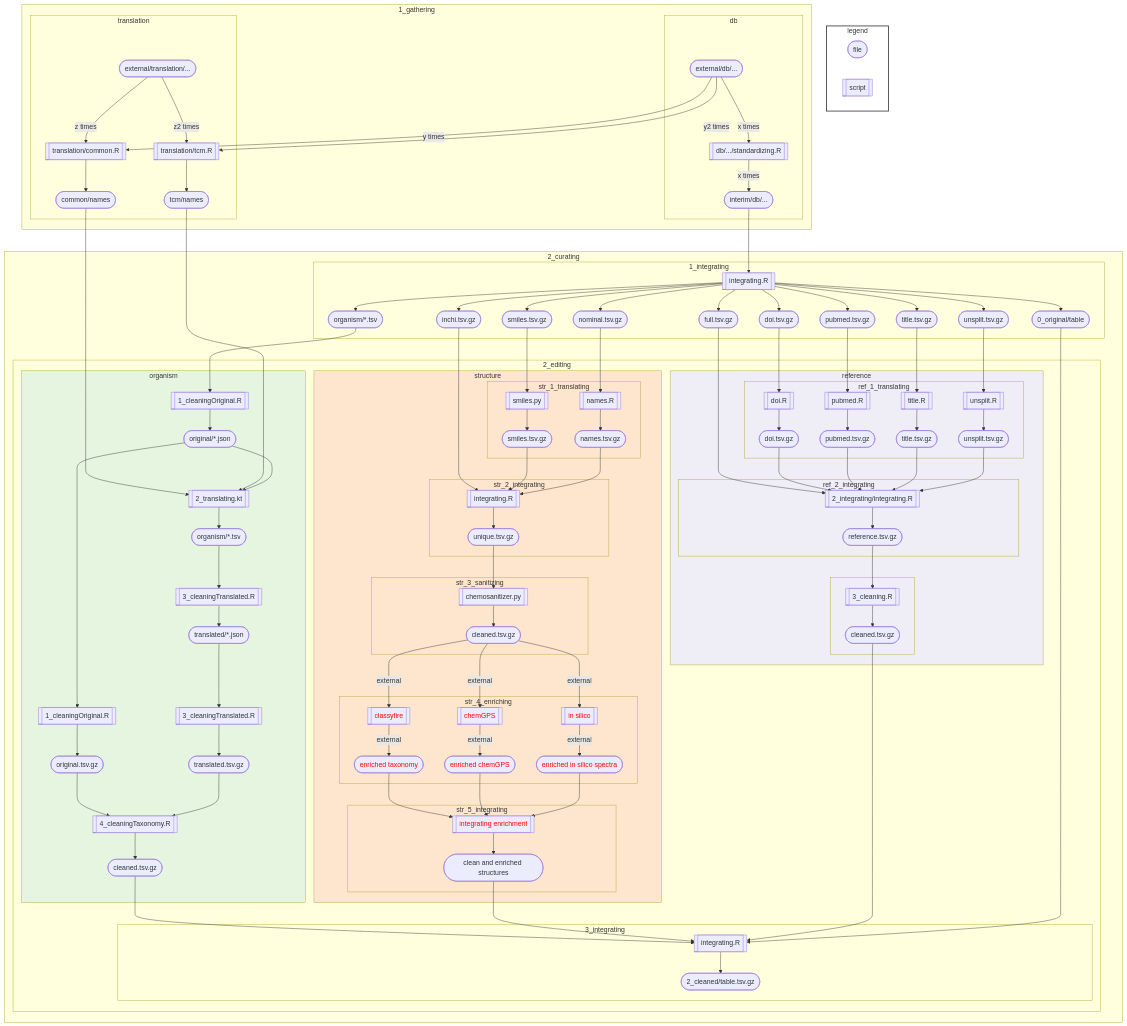
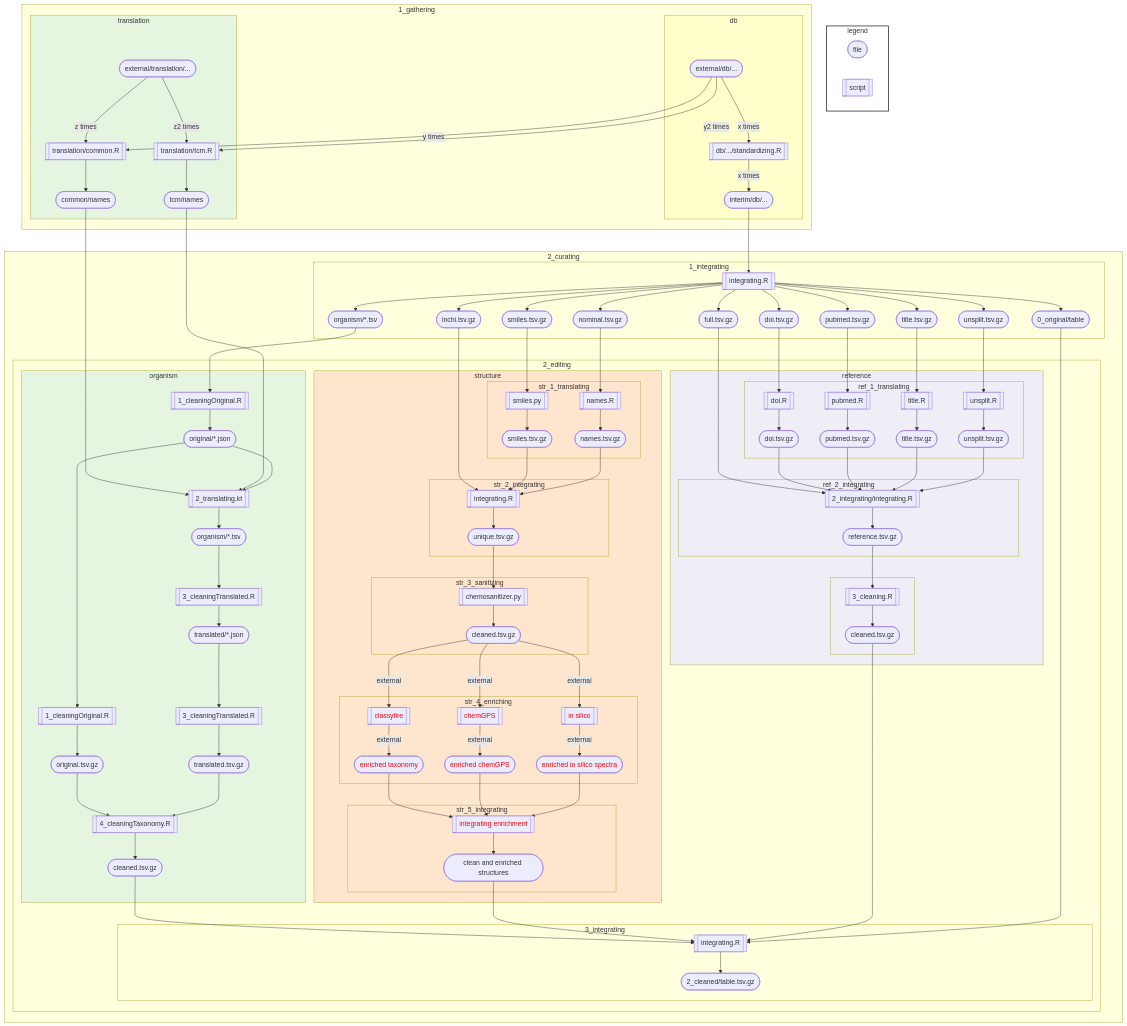
The diagram in README.md (lotusnprod/lotus-processor), drawn with Mermaid before and after one commit.

Commit message:
docs(readme): update db and translation subgraphs with new styles

```diff
--- a/README.md
+++ b/README.md
@@ -16,10 +16,12 @@
 
 subgraph 1_gathering
 subgraph db
+style db fill:#ffffcc
 010([external/db/...]) -- x times --> 020[[db/.../standardizing.R]] -- x times --> 030([interim/db/...]) 
 end
 
 subgraph translation
+style translation fill:#E5F5E0
 010([external/db/...]) -- y times --> 040[[translation/common.R]]
 011([external/translation/...]) -- z times --> 040[[translation/common.R]] --> 050([common/names])
 010([external/db/...]) -- y2 times --> 060[[translation/tcm.R]]
```
